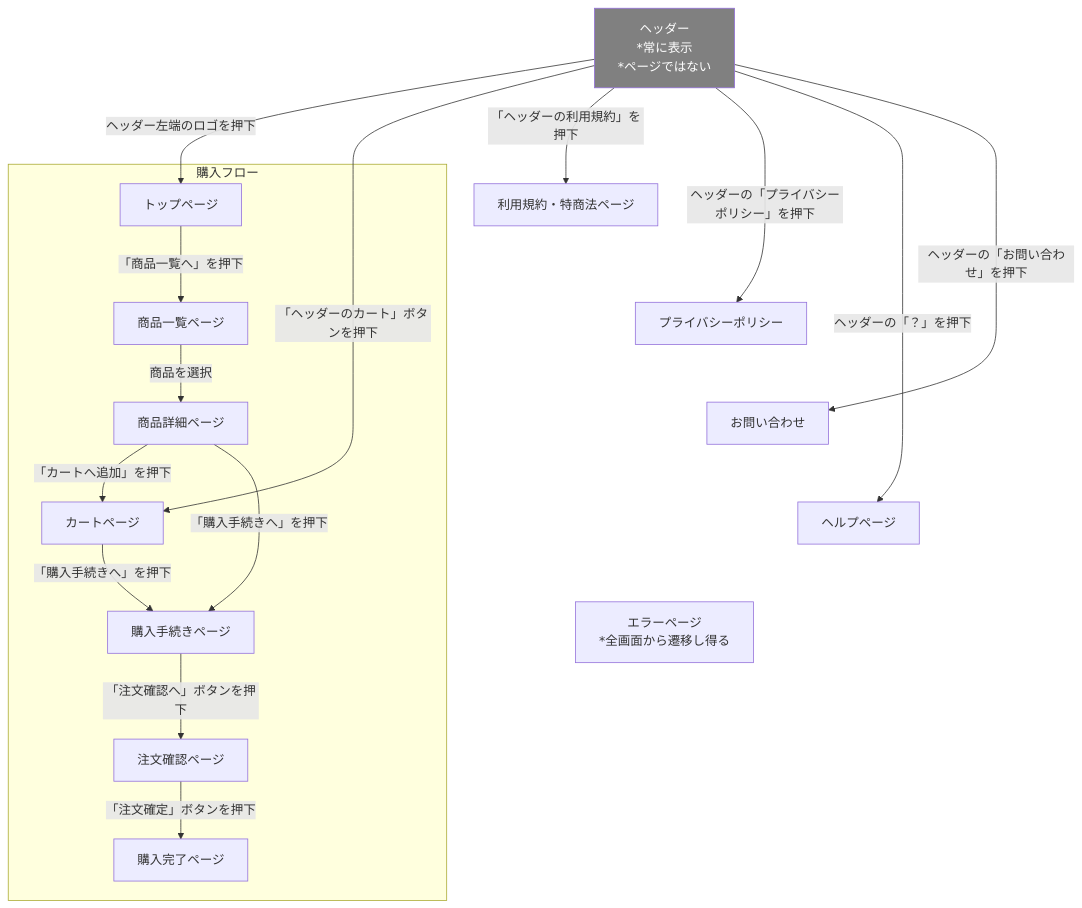
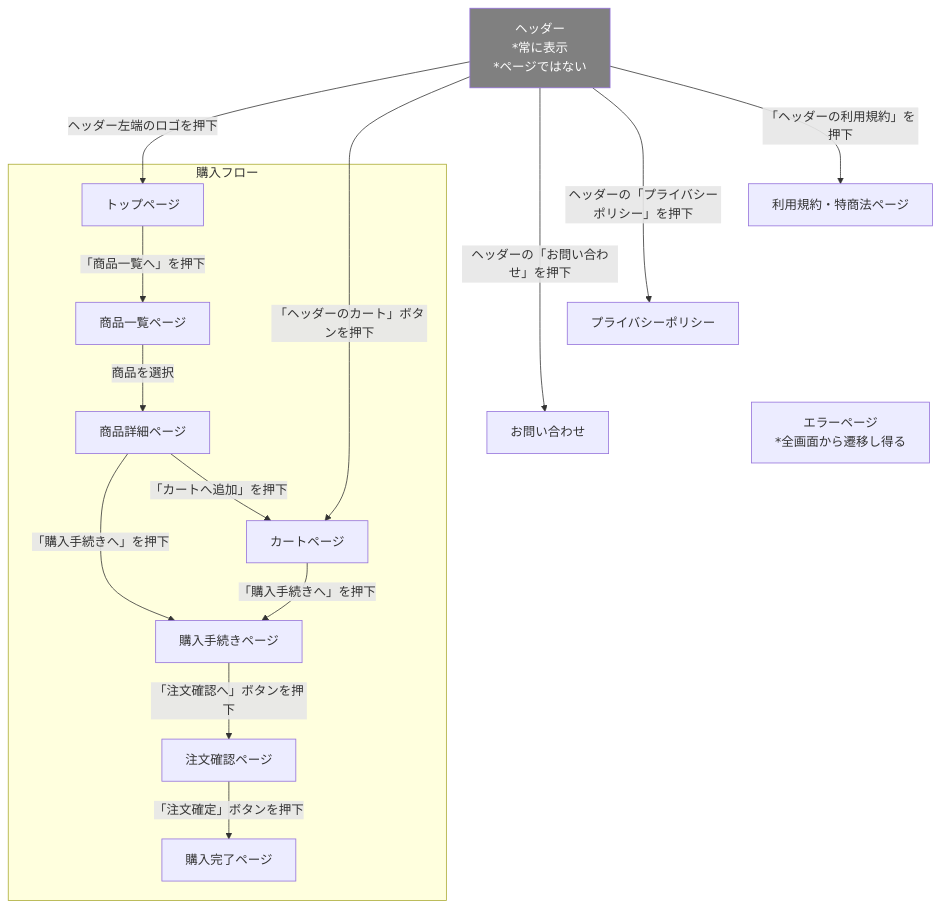
One commit to Aoi-Yaegashi/teamF changed the diagram in 基本設計/画面設計/画面遷移図/フロントエンド画面遷移図.md. Above: the diagram before and after it, drawn with Mermaid. The commit also changed 1 other file, not shown here.

Commit message:
ER図途中

````diff
--- a/基本設計/画面設計/画面遷移図/フロントエンド画面遷移図.md
+++ b/基本設計/画面設計/画面遷移図/フロントエンド画面遷移図.md
@@ -1,49 +1,46 @@
 ```mermaid
 graph TD
 
 subgraph 購入フロー
 %% トップページからの遷移
 F01[トップページ] -->|「商品一覧へ」を押下| F02[商品一覧ページ]
 
 %% 商品一覧から詳細へ
 F02 -->|商品を選択| F03[商品詳細ページ]
 
 %% 商品詳細からカートへ
 F03 --> |「カートへ追加」を押下|F04[カートページ]
 
 %% 商品詳細から購入手続きへ
 F03 -->|「購入手続きへ」を押下| F05
 
 %% カートから購入へ
 F04 -->|「購入手続きへ」を押下| F05[購入手続きページ]
 
 %% 注文確認画面
 F05 -->|「注文確認へ」ボタンを押下| F06[注文確認ページ]
 
 %% 購入手続きから完了へ
 F06 -->|「注文確定」ボタンを押下| F07[購入完了ページ]
 end
 
 %% ヘッダー（常に表示）
 F13[ヘッダー
 *常に表示
 *ページではない] -->|ヘッダー左端のロゴを押下| F01
 F13 --> |「ヘッダーのカート」ボタンを押下|F04
 F13 --> |「ヘッダーの利用規約」を押下|F08[利用規約・特商法ページ]
 F13 -->|ヘッダーの「プライバシーポリシー」を押下| F09[プライバシーポリシー]
-F13 -->|ヘッダーの「？」を押下| F11[ヘルプページ]
 F13 -->|ヘッダーの「お問い合わせ」を押下| F12[お問い合わせ]
 classDef gray fill:gray,color:white;
 class F13 gray;
 
 %% エラーページ（どこからでも遷移し得る）
 F09 ~~~ F10[エラーページ
 *全画面から遷移し得る]
 F08 ~~~ F10
-F11 ~~~ F10
 
 %% 位置調整
 F08 ~~~ F09
 F09 ~~~ F12
-F12 ~~~ F11
 ```
````
